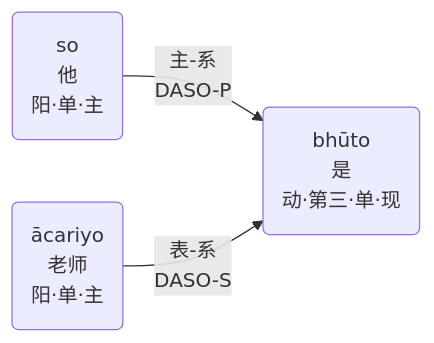
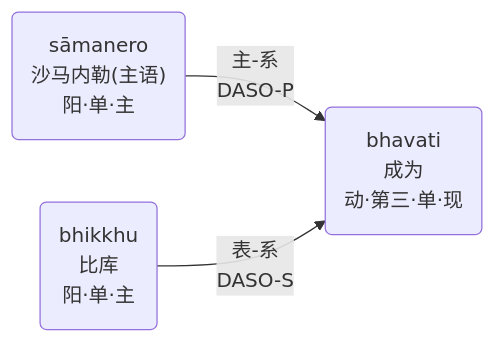
One commit to iapt-platform/pali-handbook changed the fourth of 4 diagrams in src/basic-relation/nom/nom-daso.md. Above: the diagram before and after it, drawn with Mermaid. The commit also changed other lines of this file and 6 other files, not shown here.

```diff
--- a/src/basic-relation/nom/nom-daso.md
+++ b/src/basic-relation/nom/nom-daso.md
@@ -57,8 +59,8 @@
 <div class="mermaid">
 flowchart LR
-A("so<br>他<br>阳·单·主")
-B("ācariyo<br>老师<br>阳·单·主")
-C("bhūto<br>是<br>动·第三·单·现")
-A--"主-系<br>DASO-P"-->C
-B--"表-系<br>DASO-S"-->C
+A("sāmanero<br>沙马内勒(主语)<br>阳·单·主")
+B("bhavati<br>成为<br>动·第三·单·现")
+C("bhikkhu<br>比库<br>阳·单·主")
+A--"主-系<br>DASO-P"-->B
+C--"表-系<br>DASO-S"-->B
 </div>
```
